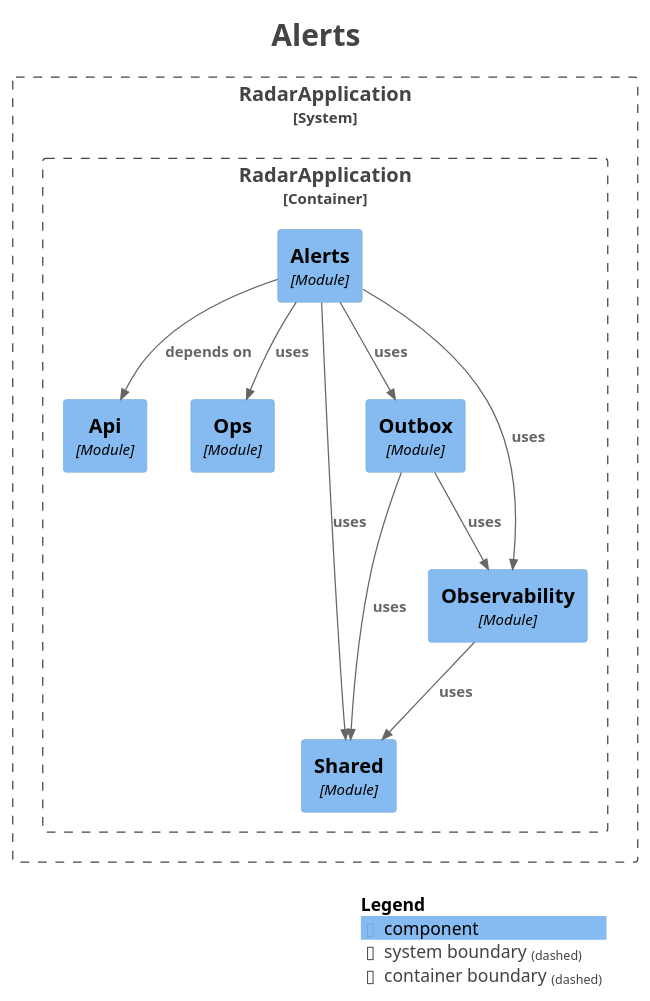
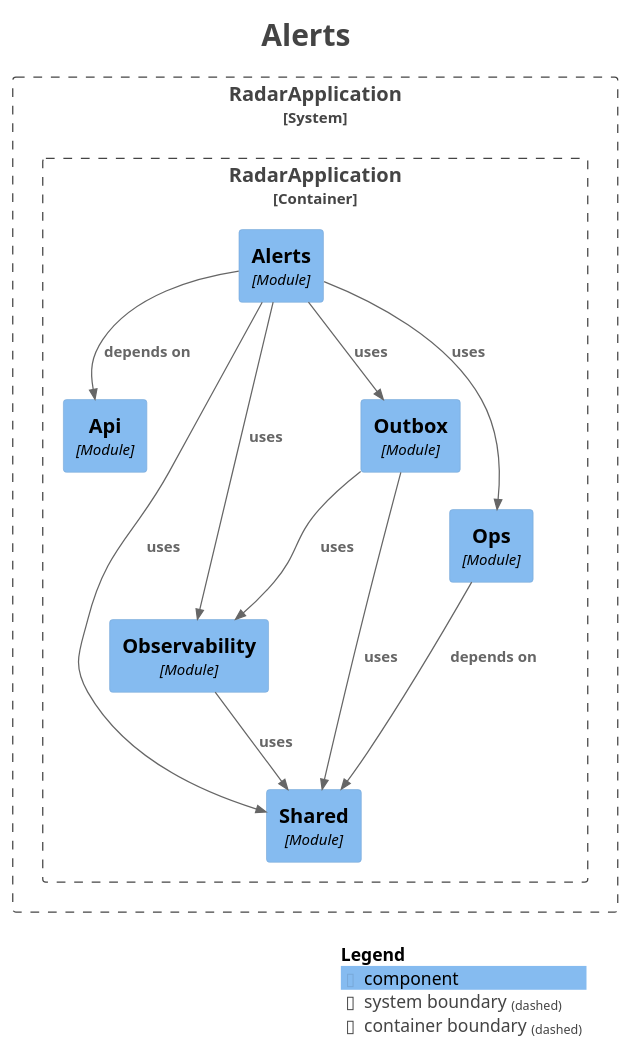
The diagram in docs/modules/module-alerts.puml (MiguelSanzBr/radar-licitacoes), drawn with PlantUML before and after one commit. The commit also changed 65 other files, not shown here.

Commit message:
feat(contracts): avro schemas and apicurio

```diff
--- a/docs/modules/module-alerts.puml
+++ b/docs/modules/module-alerts.puml
@@ -1,41 +1,42 @@
 @startuml
 title <size:24>Alerts</size>
 
 set separator none
 top to bottom direction
 
 <style>
   root {
     BackgroundColor: #ffffff
     FontColor: #444444
   }
 </style>
 
 !include <C4/C4>
 !include <C4/C4_Context>
 !include <C4/C4_Component>
 
 System_Boundary("RadarApplication_boundary", "RadarApplication", $tags="") {
   Container_Boundary("RadarApplication.RadarApplication_boundary", "RadarApplication", $tags="") {
     Component(RadarApplication.RadarApplication.Alerts, "Alerts", $techn="Module", $descr="", $tags="", $link="")
     Component(RadarApplication.RadarApplication.Api, "Api", $techn="Module", $descr="", $tags="", $link="")
-    Component(RadarApplication.RadarApplication.Ops, "Ops", $techn="Module", $descr="", $tags="", $link="")
     Component(RadarApplication.RadarApplication.Shared, "Shared", $techn="Module", $descr="", $tags="", $link="")
     Component(RadarApplication.RadarApplication.Observability, "Observability", $techn="Module", $descr="", $tags="", $link="")
+    Component(RadarApplication.RadarApplication.Ops, "Ops", $techn="Module", $descr="", $tags="", $link="")
     Component(RadarApplication.RadarApplication.Outbox, "Outbox", $techn="Module", $descr="", $tags="", $link="")
   }
 
 }
 
-Rel(RadarApplication.RadarApplication.Observability, RadarApplication.RadarApplication.Shared, "uses", $techn="", $tags="", $link="")
-Rel(RadarApplication.RadarApplication.Outbox, RadarApplication.RadarApplication.Shared, "uses", $techn="", $tags="", $link="")
-Rel(RadarApplication.RadarApplication.Outbox, RadarApplication.RadarApplication.Observability, "uses", $techn="", $tags="", $link="")
 Rel(RadarApplication.RadarApplication.Alerts, RadarApplication.RadarApplication.Api, "depends on", $techn="", $tags="", $link="")
 Rel(RadarApplication.RadarApplication.Alerts, RadarApplication.RadarApplication.Observability, "uses", $techn="", $tags="", $link="")
 Rel(RadarApplication.RadarApplication.Alerts, RadarApplication.RadarApplication.Ops, "uses", $techn="", $tags="", $link="")
 Rel(RadarApplication.RadarApplication.Alerts, RadarApplication.RadarApplication.Outbox, "uses", $techn="", $tags="", $link="")
 Rel(RadarApplication.RadarApplication.Alerts, RadarApplication.RadarApplication.Shared, "uses", $techn="", $tags="", $link="")
+Rel(RadarApplication.RadarApplication.Observability, RadarApplication.RadarApplication.Shared, "uses", $techn="", $tags="", $link="")
+Rel(RadarApplication.RadarApplication.Ops, RadarApplication.RadarApplication.Shared, "depends on", $techn="", $tags="", $link="")
+Rel(RadarApplication.RadarApplication.Outbox, RadarApplication.RadarApplication.Shared, "uses", $techn="", $tags="", $link="")
+Rel(RadarApplication.RadarApplication.Outbox, RadarApplication.RadarApplication.Observability, "uses", $techn="", $tags="", $link="")
 
 SHOW_LEGEND(true)
 hide stereotypes
 @enduml
```
